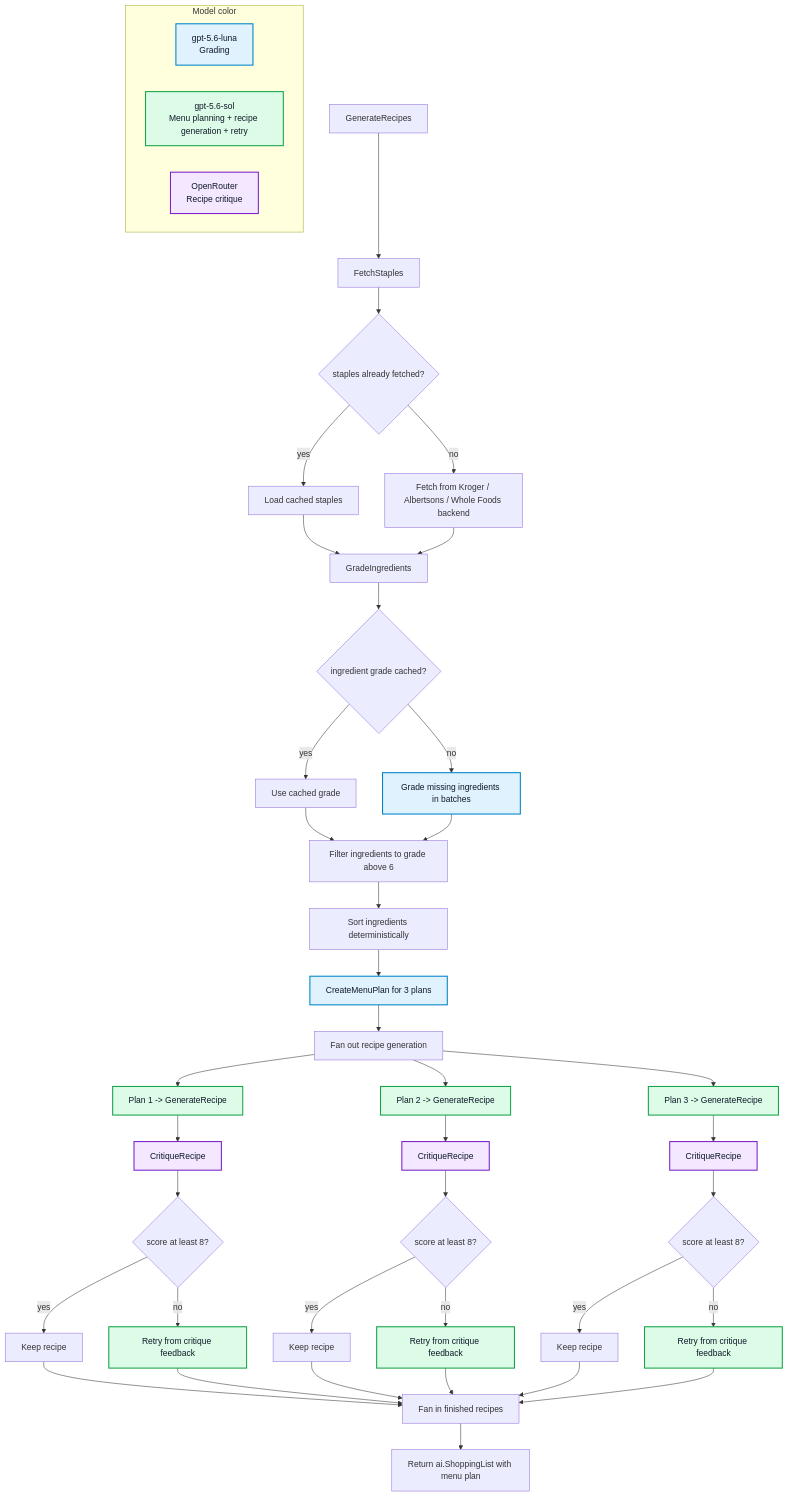
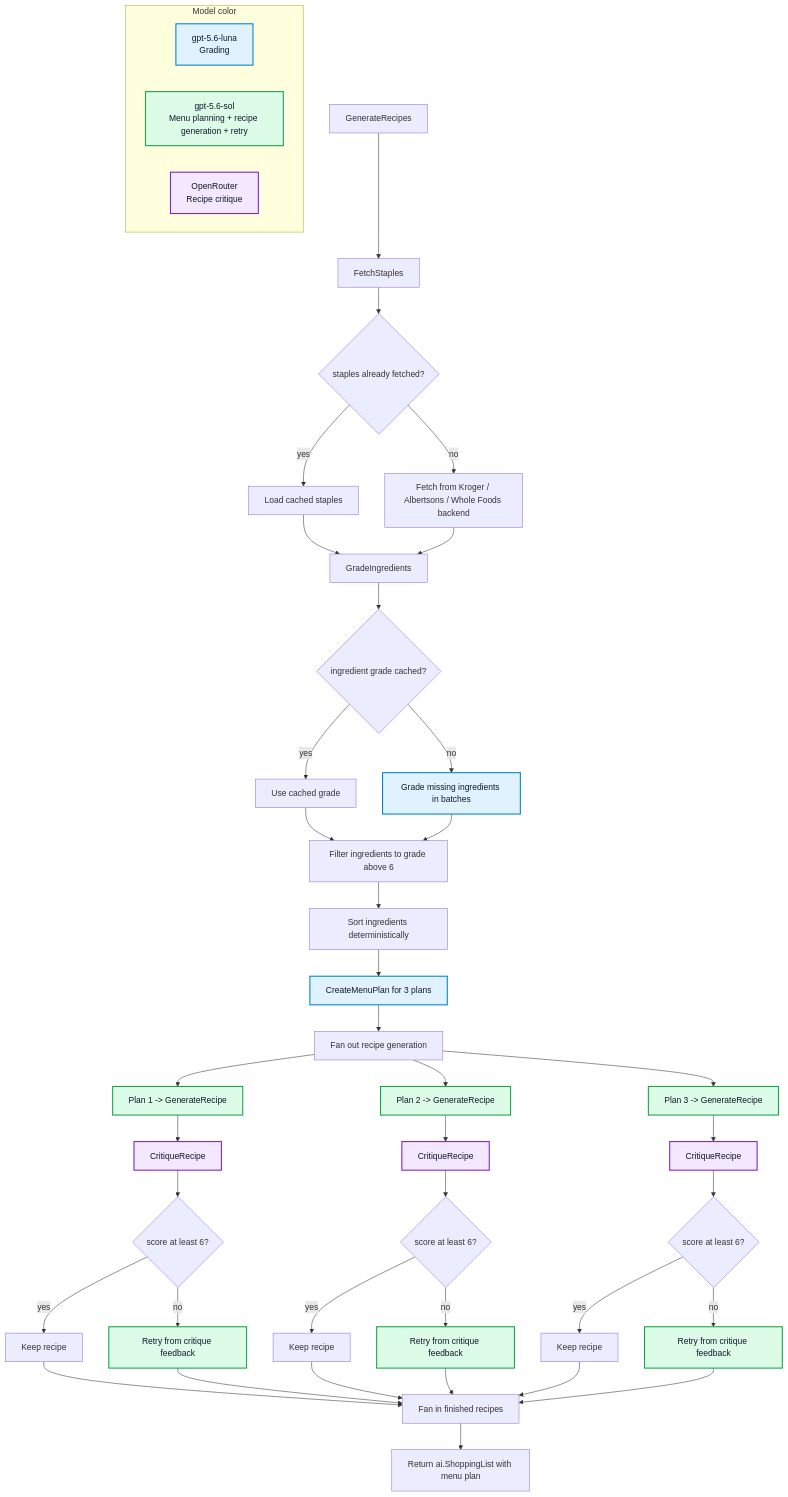
Before and after one commit to paulgmiller/careme: the diagram in docs/recipe-generation-walkthrough.md, drawn with Mermaid. The commit also changed other lines of this file and 13 other files, not shown here.

````diff
--- a/docs/recipe-generation-walkthrough.md
+++ b/docs/recipe-generation-walkthrough.md
@@ -7,62 +7,62 @@
 ```mermaid
 flowchart TD
     subgraph Legend["Model color"]
         MiniLegend["gpt-5.6-luna<br/>Grading"]
         GPT5Legend["gpt-5.6-sol<br/>Menu planning + recipe generation + retry"]
         OpenRouterLegend["OpenRouter<br/>Recipe critique"]
     end
 
     A["GenerateRecipes"] --> B["FetchStaples"]
     B --> C{"staples already fetched?"}
     C -- "yes" --> D["Load cached staples"]
     C -- "no" --> E["Fetch from Kroger / Albertsons / Whole Foods backend"]
     E --> G["GradeIngredients"]
     D --> G
 
     G --> H{"ingredient grade cached?"}
     H -- "yes" --> I["Use cached grade"]
     H -- "no" --> J["Grade missing ingredients in batches"]
     I --> L["Filter ingredients to grade above 6"]
     J --> L
 
     L --> M["Sort ingredients deterministically"]
     M --> N["CreateMenuPlan for 3 plans"]
     N --> O["Fan out recipe generation"]
 
     O --> P1["Plan 1 -> GenerateRecipe"]
     O --> P2["Plan 2 -> GenerateRecipe"]
     O --> P3["Plan 3 -> GenerateRecipe"]
 
     P1 --> R1["CritiqueRecipe"]
     P2 --> R2["CritiqueRecipe"]
     P3 --> R3["CritiqueRecipe"]
 
-    R1 --> S1{"score at least 8?"}
-    R2 --> S2{"score at least 8?"}
-    R3 --> S3{"score at least 8?"}
+    R1 --> S1{"score at least 6?"}
+    R2 --> S2{"score at least 6?"}
+    R3 --> S3{"score at least 6?"}
 
     S1 -- "yes" --> T1["Keep recipe"]
     S2 -- "yes" --> T2["Keep recipe"]
     S3 -- "yes" --> T3["Keep recipe"]
 
     S1 -- "no" --> U1["Retry from critique feedback"]
     S2 -- "no" --> U2["Retry from critique feedback"]
     S3 -- "no" --> U3["Retry from critique feedback"]
 
     T1 --> W["Fan in finished recipes"]
     T2 --> W
     T3 --> W
     U1 --> W
     U2 --> W
     U3 --> W
 
     W --> X["Return ai.ShoppingList with menu plan"]
 
     classDef mini fill:#e0f2fe,stroke:#0284c7,color:#0f172a,stroke-width:2px
     classDef gpt5 fill:#dcfce7,stroke:#16a34a,color:#0f172a,stroke-width:2px
     classDef openrouter fill:#f3e8ff,stroke:#7e22ce,color:#0f172a,stroke-width:2px
 
     class MiniLegend,J,N mini
     class GPT5Legend,P1,P2,P3,U1,U2,U3 gpt5
     class OpenRouterLegend,R1,R2,R3 openrouter
 ```
````
